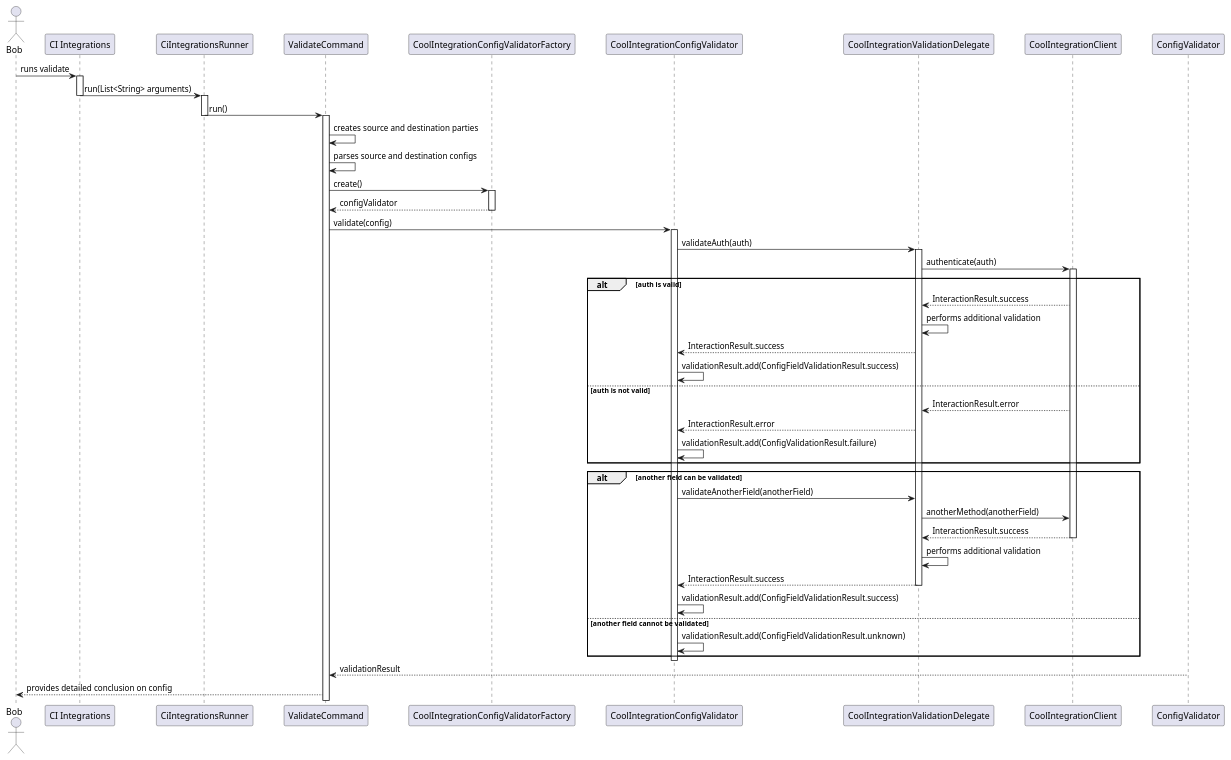
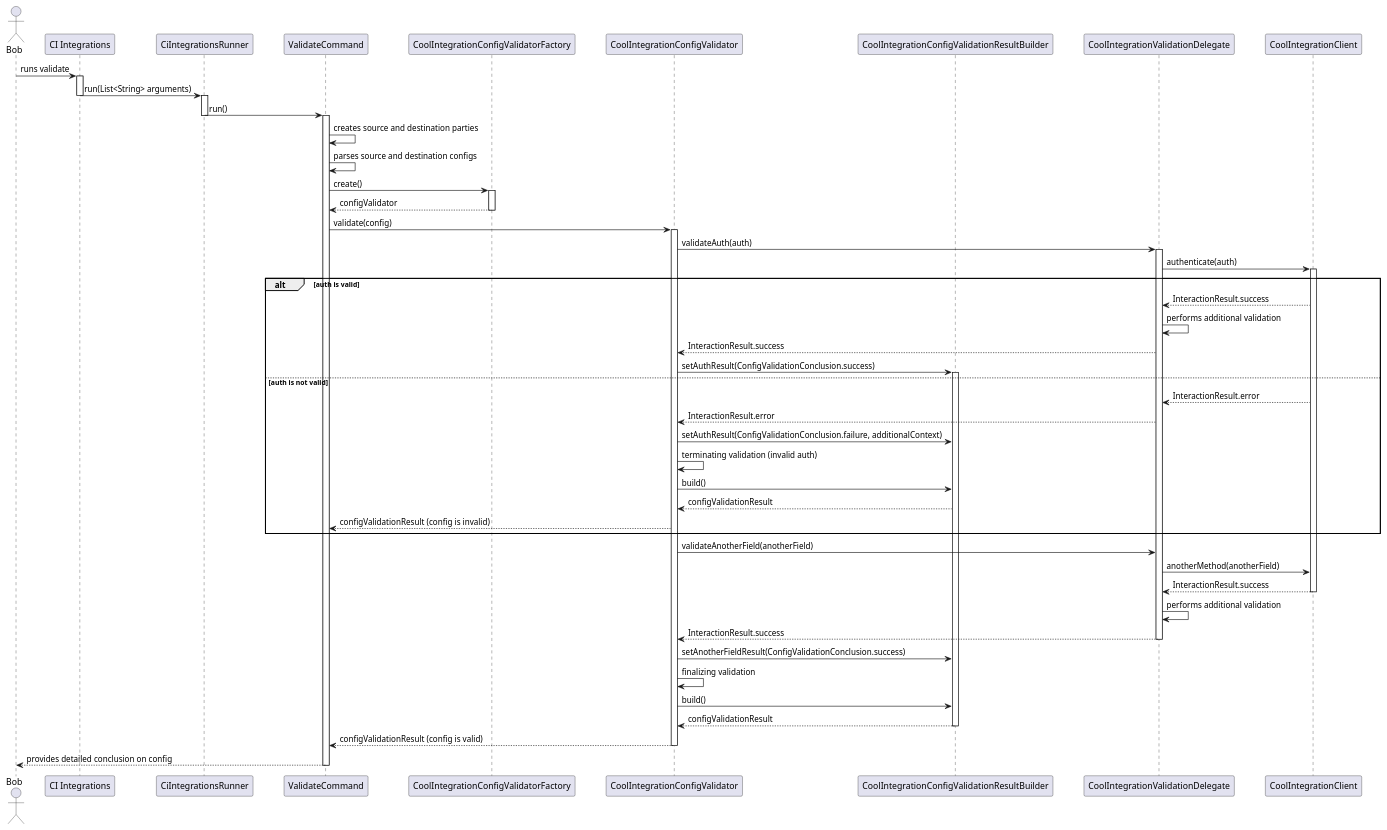
The diagram in metrics/ci_integrations/docs/diagrams/ci_integrations_config_validator_sequence_diagram.puml (Flank/flank-dashboard), drawn with PlantUML before and after one commit. The commit also changed 3 other files, not shown here.

```diff
--- a/metrics/ci_integrations/docs/diagrams/ci_integrations_config_validator_sequence_diagram.puml
+++ b/metrics/ci_integrations/docs/diagrams/ci_integrations_config_validator_sequence_diagram.puml
@@ -1,87 +1,94 @@
 @startuml ci_integrations_config_validator_sequence_diagram
 
 skinparam ParticipantPadding 20
 skinparam BoxPadding 10
 
 actor Bob
 
 participant "CI Integrations"
 participant CiIntegrationsRunner
 participant ValidateCommand
 participant CoolIntegrationConfigValidatorFactory
 participant CoolIntegrationConfigValidator
+participant CoolIntegrationConfigValidationResultBuilder
 participant CoolIntegrationValidationDelegate
 participant CoolIntegrationClient
 
 Bob -> "CI Integrations" : runs validate
 activate "CI Integrations"
 
 "CI Integrations" -> CiIntegrationsRunner: run(List<String> arguments)
 deactivate "CI Integrations"
 activate CiIntegrationsRunner
 
 CiIntegrationsRunner -> ValidateCommand: run()
 deactivate CiIntegrationsRunner
 activate ValidateCommand
 
 ValidateCommand -> ValidateCommand : creates source and destination parties
 ValidateCommand -> ValidateCommand : parses source and destination configs
 
 ValidateCommand -> CoolIntegrationConfigValidatorFactory : create()
 activate CoolIntegrationConfigValidatorFactory
 
 CoolIntegrationConfigValidatorFactory --> ValidateCommand : configValidator
 deactivate CoolIntegrationConfigValidatorFactory
 
 ValidateCommand -> CoolIntegrationConfigValidator : validate(config)
 activate CoolIntegrationConfigValidator
 
 CoolIntegrationConfigValidator -> CoolIntegrationValidationDelegate : validateAuth(auth)
 activate CoolIntegrationValidationDelegate
 
 CoolIntegrationValidationDelegate -> CoolIntegrationClient : authenticate(auth)
 activate  CoolIntegrationClient
 
 alt auth is valid
 
     CoolIntegrationClient --> CoolIntegrationValidationDelegate : InteractionResult.success
     CoolIntegrationValidationDelegate -> CoolIntegrationValidationDelegate : performs additional validation
     CoolIntegrationValidationDelegate --> CoolIntegrationConfigValidator : InteractionResult.success
-    CoolIntegrationConfigValidator -> CoolIntegrationConfigValidator : validationResult.add(ConfigFieldValidationResult.success)
+    CoolIntegrationConfigValidator -> CoolIntegrationConfigValidationResultBuilder : setAuthResult(ConfigValidationConclusion.success)
+    activate CoolIntegrationConfigValidationResultBuilder
 
 
 else auth is not valid
 
     CoolIntegrationClient --> CoolIntegrationValidationDelegate : InteractionResult.error
     CoolIntegrationValidationDelegate --> CoolIntegrationConfigValidator : InteractionResult.error
-    CoolIntegrationConfigValidator  -> CoolIntegrationConfigValidator : validationResult.add(ConfigValidationResult.failure)
+    CoolIntegrationConfigValidator -> CoolIntegrationConfigValidationResultBuilder : setAuthResult(ConfigValidationConclusion.failure, additionalContext)
+    CoolIntegrationConfigValidator -> CoolIntegrationConfigValidator : terminating validation (invalid auth)
+    CoolIntegrationConfigValidator -> CoolIntegrationConfigValidationResultBuilder : build()
+    CoolIntegrationConfigValidationResultBuilder --> CoolIntegrationConfigValidator : configValidationResult
+
+    CoolIntegrationConfigValidator --> ValidateCommand : configValidationResult (config is invalid)
 
 end
 
 
-alt another field can be validated
+CoolIntegrationConfigValidator -> CoolIntegrationValidationDelegate : validateAnotherField(anotherField)
+CoolIntegrationValidationDelegate -> CoolIntegrationClient : anotherMethod(anotherField)
 
-    CoolIntegrationConfigValidator -> CoolIntegrationValidationDelegate : validateAnotherField(anotherField)
-    CoolIntegrationValidationDelegate -> CoolIntegrationClient : anotherMethod(anotherField)
+CoolIntegrationClient --> CoolIntegrationValidationDelegate : InteractionResult.success
+deactivate CoolIntegrationClient
 
-    CoolIntegrationClient --> CoolIntegrationValidationDelegate : InteractionResult.success
-    deactivate CoolIntegrationClient
+CoolIntegrationValidationDelegate -> CoolIntegrationValidationDelegate : performs additional validation
+CoolIntegrationValidationDelegate --> CoolIntegrationConfigValidator : InteractionResult.success
+deactivate CoolIntegrationValidationDelegate
 
-    CoolIntegrationValidationDelegate -> CoolIntegrationValidationDelegate : performs additional validation
-    CoolIntegrationValidationDelegate --> CoolIntegrationConfigValidator : InteractionResult.success
-    deactivate CoolIntegrationValidationDelegate
+CoolIntegrationConfigValidator -> CoolIntegrationConfigValidationResultBuilder : setAnotherFieldResult(ConfigValidationConclusion.success)
+CoolIntegrationConfigValidator -> CoolIntegrationConfigValidator : finalizing validation
+CoolIntegrationConfigValidator -> CoolIntegrationConfigValidationResultBuilder : build()
+CoolIntegrationConfigValidationResultBuilder --> CoolIntegrationConfigValidator : configValidationResult
 
-    CoolIntegrationConfigValidator -> CoolIntegrationConfigValidator : validationResult.add(ConfigFieldValidationResult.success)
+deactivate CoolIntegrationConfigValidationResultBuilder
 
-else another field cannot be validated
-
-    CoolIntegrationConfigValidator -> CoolIntegrationConfigValidator : validationResult.add(ConfigFieldValidationResult.unknown)
-
-end
+CoolIntegrationConfigValidator --> ValidateCommand : configValidationResult (config is valid)
 
 deactivate CoolIntegrationConfigValidator
 
-ConfigValidator --> ValidateCommand : validationResult
 ValidateCommand --> Bob : provides detailed conclusion on config
 
+deactivate ValidateCommand
+
 @enduml
```
